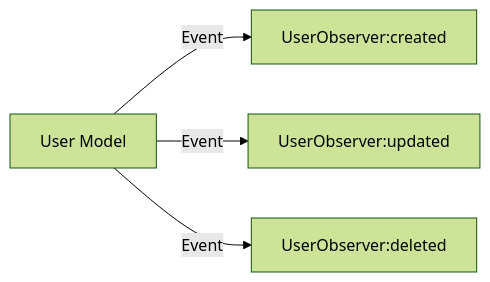
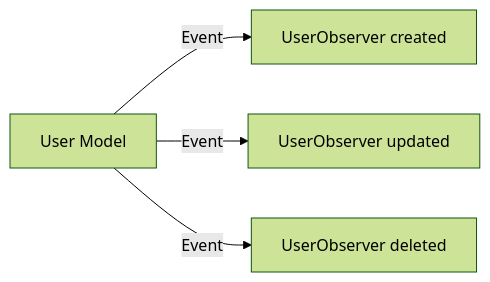
Before and after one commit to subhashladumor1/laravel-mastery-roadmap: diagram 33 of 50 in diagrams/50-comprehensive-diagrams.md, drawn with Mermaid (forest theme). The commit also changed other lines of this file and 6 other files, not shown here.

First line of the commit message:
diagram rich issue

````diff
--- a/diagrams/50-comprehensive-diagrams.md
+++ b/diagrams/50-comprehensive-diagrams.md
@@ -347,6 +347,6 @@
 ```mermaid
 graph LR
-    Subject[User Model] -->|Event| Observer1[UserObserver:created]
-    Subject -->|Event| Observer2[UserObserver:updated]
-    Subject -->|Event| Observer3[UserObserver:deleted]
+    Subject[User Model] -->|Event| Observer1[UserObserver created]
+    Subject -->|Event| Observer2[UserObserver updated]
+    Subject -->|Event| Observer3[UserObserver deleted]
 ```
````
